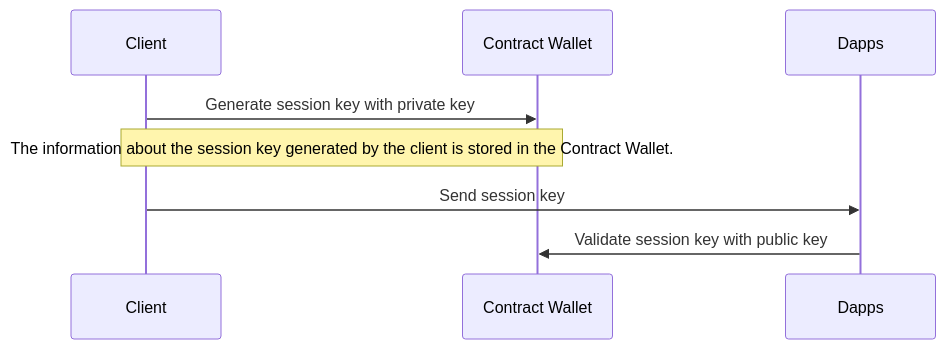
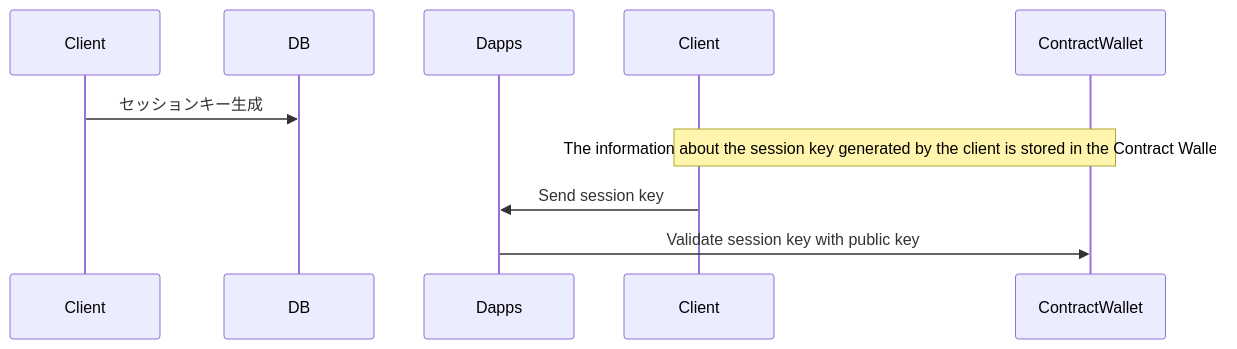
Before and after one commit to YutaroNagumo/prompt: the diagram in test.md, drawn with Mermaid.

````diff
--- a/test.md
+++ b/test.md
@@ -1,10 +1,10 @@
 ```mermaid
 sequenceDiagram
-    participant Client as Client
-    participant ContractWallet as Contract Wallet
+    participant Client(CW) as Client
+    participant DB as DB
     participant Dapps as Dapps
-    Client->>ContractWallet: Generate session key with private key
+    Client(CW)->>DB: セッションキー生成
     Note over Client,ContractWallet: The information about the session key generated by the client is stored in the Contract Wallet.
     Client->>Dapps: Send session key
     Dapps->>ContractWallet: Validate session key with public key
 ```
````
